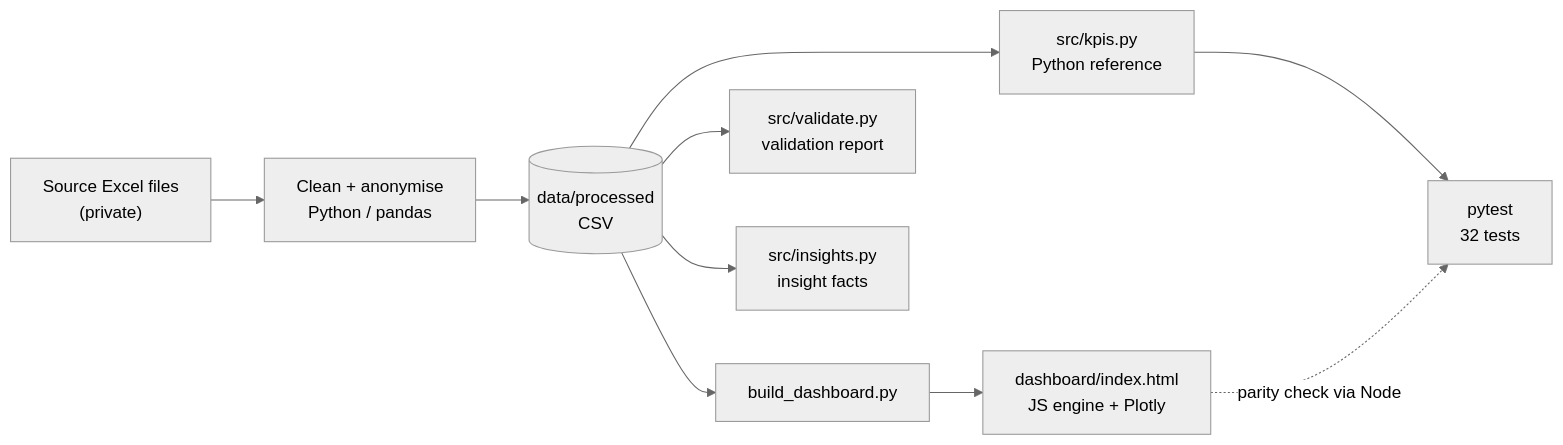
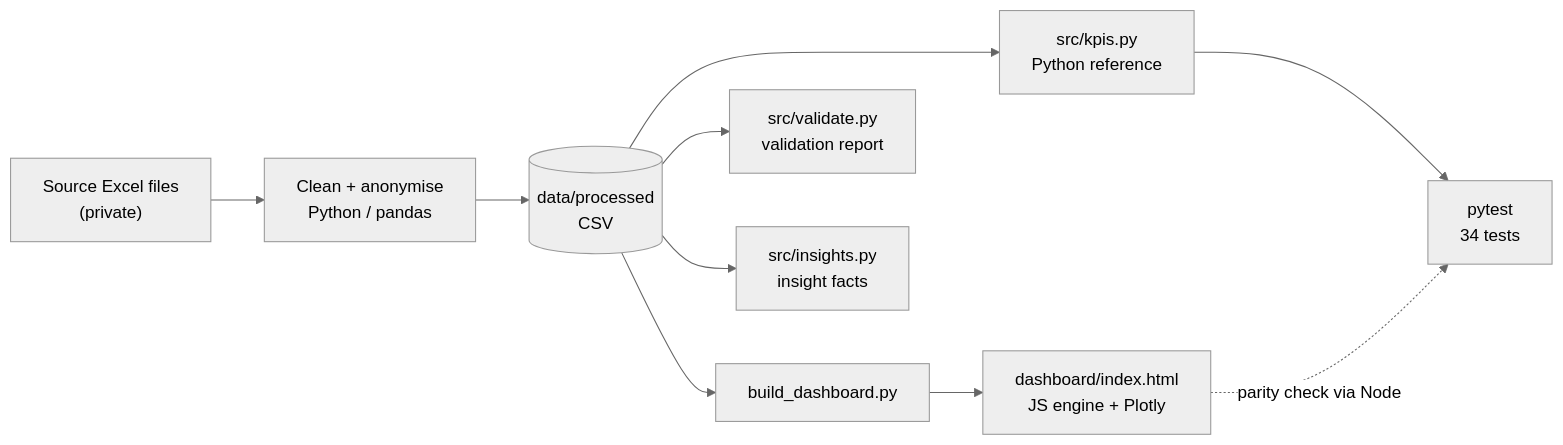
One commit to krishnasai-pentakota/sales-analytics-dashboard changed the diagram in README.md. Above: the diagram before and after it, drawn with Mermaid (neutral theme). The commit also changed other lines of this file and 15 other files, not shown here.

````diff
--- a/README.md
+++ b/README.md
@@ -58,11 +58,11 @@
 ```mermaid
 flowchart LR
   A["Source Excel files<br/>(private)"] --> B["Clean + anonymise<br/>Python / pandas"]
   B --> C[("data/processed<br/>CSV")]
   C --> D["build_dashboard.py"] --> E["dashboard/index.html<br/>JS engine + Plotly"]
   C --> F["src/kpis.py<br/>Python reference"]
-  F --> G["pytest<br/>32 tests"]
+  F --> G["pytest<br/>34 tests"]
   E -. "parity check via Node" .-> G
   C --> H["src/validate.py<br/>validation report"]
   C --> I["src/insights.py<br/>insight facts"]
 ```
````
